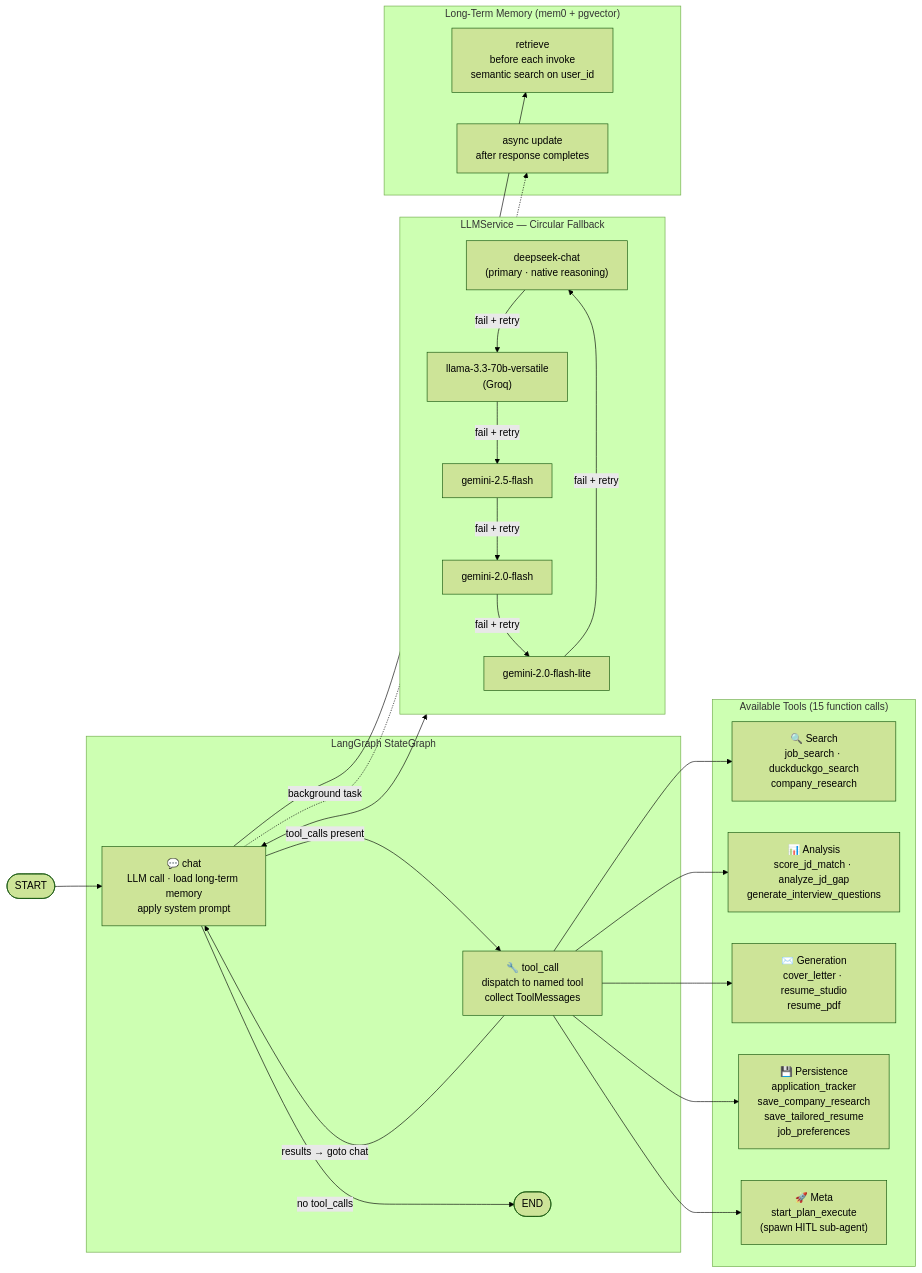
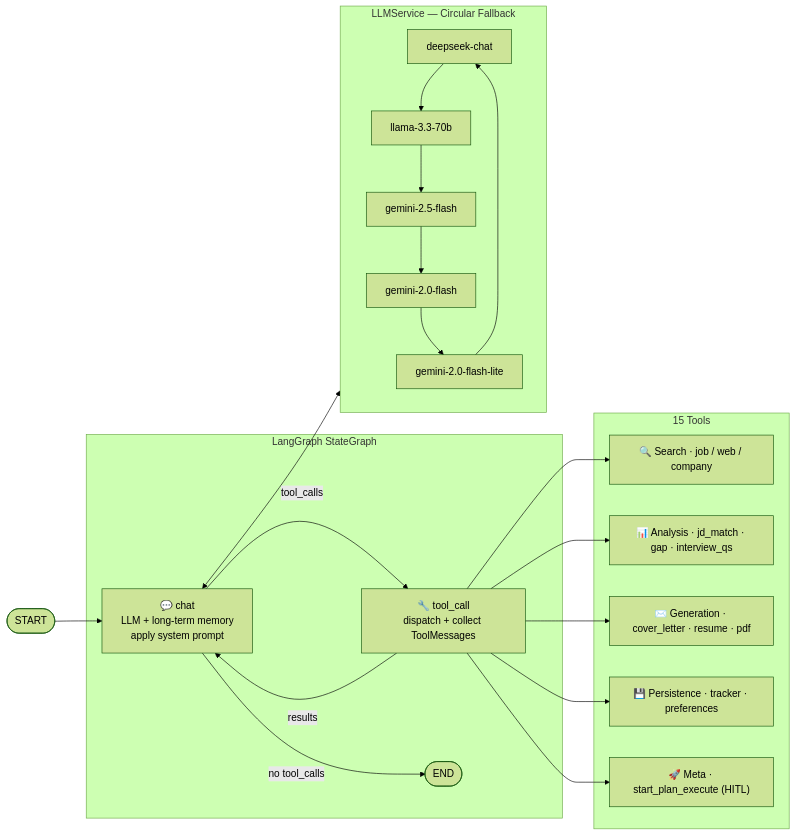
Before and after one commit to 0xMoat/job-hunter-agent: the second of 2 diagrams in README.md, drawn with Mermaid (forest theme). The commit also changed other lines of this file, not shown here.

First line of the commit message:
docs(readme): refresh tech stack write-up + drop interview-prep aside

````diff
--- a/README.md
+++ b/README.md
@@ -118,50 +108,33 @@
 ```mermaid
 flowchart LR
     START(["START"]) --> ChatNode
 
     subgraph Graph["LangGraph StateGraph"]
-        ChatNode["💬 chat\nLLM call · load long-term memory\napply system prompt"]
-        ToolNode["🔧 tool_call\ndispatch to named tool\ncollect ToolMessages"]
+        ChatNode["💬 chat<br/>LLM + long-term memory<br/>apply system prompt"]
+        ToolNode["🔧 tool_call<br/>dispatch + collect ToolMessages"]
         END_N(["END"])
-
-        ChatNode -->|"tool_calls present"| ToolNode
-        ToolNode -->|"results → goto chat"| ChatNode
-        ChatNode -->|"no tool_calls"| END_N
+        ChatNode -->|tool_calls| ToolNode
+        ToolNode -->|results| ChatNode
+        ChatNode -->|no tool_calls| END_N
     end
 
-    subgraph Tools["Available Tools (15 function calls)"]
-        T1["🔍 Search\njob_search · duckduckgo_search\ncompany_research"]
-        T2["📊 Analysis\nscore_jd_match · analyze_jd_gap\ngenerate_interview_questions"]
-        T3["✉️ Generation\ncover_letter · resume_studio\nresume_pdf"]
-        T4["💾 Persistence\napplication_tracker\nsave_company_research\nsave_tailored_resume\njob_preferences"]
-        T5["🚀 Meta\nstart_plan_execute\n(spawn HITL sub-agent)"]
+    subgraph Tools["15 Tools"]
+        T1["🔍 Search · job / web / company"]
+        T2["📊 Analysis · jd_match · gap · interview_qs"]
+        T3["✉️ Generation · cover_letter · resume · pdf"]
+        T4["💾 Persistence · tracker · preferences"]
+        T5["🚀 Meta · start_plan_execute (HITL)"]
     end
 
-    ToolNode --> T1
-    ToolNode --> T2
-    ToolNode --> T3
-    ToolNode --> T4
-    ToolNode --> T5
+    ToolNode --> T1 & T2 & T3 & T4 & T5
 
     subgraph LLMSvc["LLMService — Circular Fallback"]
-        M1["deepseek-chat\n(primary · native reasoning)"]
-        M2["llama-3.3-70b-versatile\n(Groq)"]
-        M3["gemini-2.5-flash"]
-        M4["gemini-2.0-flash"]
-        M5["gemini-2.0-flash-lite"]
-        M1 -->|"fail + retry"| M2
-        M2 -->|"fail + retry"| M3
-        M3 -->|"fail + retry"| M4
-        M4 -->|"fail + retry"| M5
-        M5 -->|"fail + retry"| M1
-    end
-
-    subgraph Mem["Long-Term Memory (mem0 + pgvector)"]
-        MR["retrieve\nbefore each invoke\nsemantic search on user_id"]
-        MU["async update\nafter response completes"]
+        M1[deepseek-chat] --> M2[llama-3.3-70b]
+        M2 --> M3[gemini-2.5-flash]
+        M3 --> M4[gemini-2.0-flash]
+        M4 --> M5[gemini-2.0-flash-lite]
+        M5 --> M1
     end
 
     ChatNode <--> LLMSvc
-    ChatNode --> MR
-    ChatNode -.->|"background task"| MU
 ```
````
